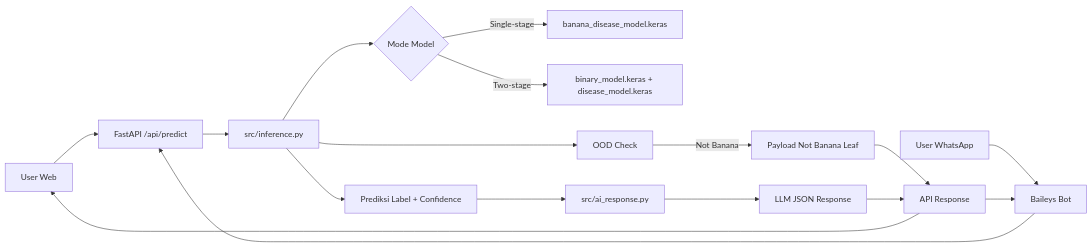
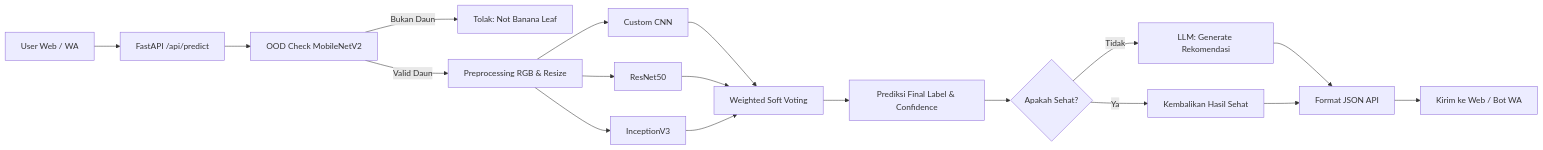
Before and after one commit to rkaurow/banana-disase: the diagram in guides.md, drawn with Mermaid. The commit also changed other lines of this file and 2 other files, not shown here.

Commit message:
Fix: Enhance OOD detection logic for IDE screenshots and update WA bot fallback handler

````diff
--- a/guides.md
+++ b/guides.md
@@ -353,19 +157,23 @@
 ```mermaid
 flowchart LR
-    A[User Web] --> B[FastAPI /api/predict]
-    W[User WhatsApp] --> X[Baileys Bot]
-    X --> B
-    B --> C[src/inference.py]
-    C --> D{Mode Model}
-    D -->|Single-stage| E[banana_disease_model.keras]
-    D -->|Two-stage| F[binary_model.keras + disease_model.keras]
-    C --> G[OOD Check]
-    G -->|Not Banana| H[Payload Not Banana Leaf]
-    C --> I[Prediksi Label + Confidence]
-    I --> J[src/ai_response.py]
-    J --> K[LLM JSON Response]
-    H --> L[API Response]
-    K --> L
-    L --> A
-    L --> X
+    A[User Web / WA] --> B[FastAPI /api/predict]
+    B --> C[OOD Check MobileNetV2]
+    C -->|Bukan Daun| D[Tolak: Not Banana Leaf]
+    C -->|Valid Daun| E[Preprocessing RGB & Resize]
+    
+    E --> F1[Custom CNN]
+    E --> F2[ResNet50]
+    E --> F3[InceptionV3]
+    
+    F1 --> G[Weighted Soft Voting]
+    F2 --> G
+    F3 --> G
+    
+    G --> H[Prediksi Final Label & Confidence]
+    H --> I{Apakah Sehat?}
+    I -->|Ya| J[Kembalikan Hasil Sehat]
+    I -->|Tidak| K[LLM: Generate Rekomendasi]
+    K --> L[Format JSON API]
+    J --> L
+    L --> M[Kirim ke Web / Bot WA]
 ```
````
